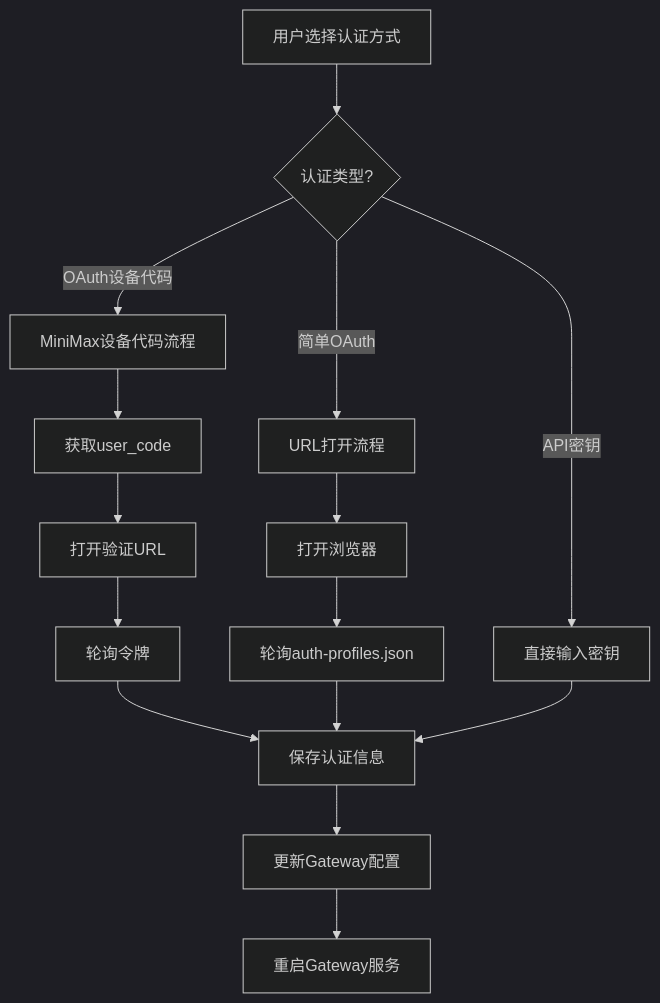
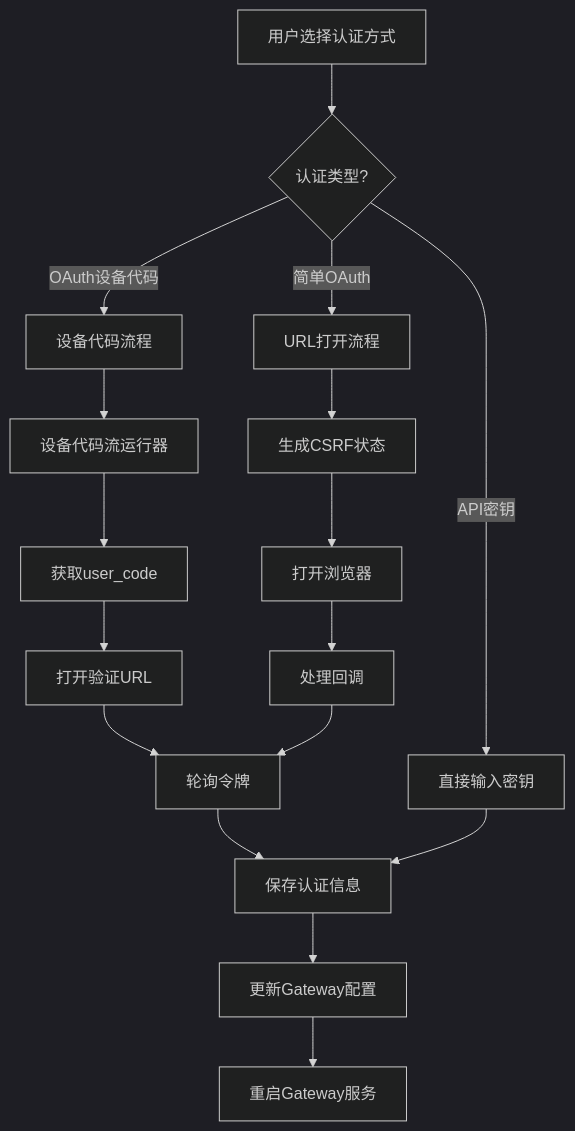
Before and after one commit to verse-ai-org/openclaw: the eighth of 19 diagrams in .qoder/repowiki/zh/content/核心概念/Electron应用增强.md, drawn with Mermaid (dark theme). The commit also changed other lines of this file and 19 other files, not shown here.

````diff
--- a/.qoder/repowiki/zh/content/核心概念/Electron应用增强.md
+++ b/.qoder/repowiki/zh/content/核心概念/Electron应用增强.md
@@ -381,17 +413,19 @@
 ```mermaid
 flowchart TD
 A[用户选择认证方式] --> B{认证类型?}
 B --> |API密钥| C[直接输入密钥]
-B --> |OAuth设备代码| D[MiniMax设备代码流程]
+B --> |OAuth设备代码| D[设备代码流程]
 B --> |简单OAuth| E[URL打开流程]
-D --> F[获取user_code]
-F --> G[打开验证URL]
-G --> H[轮询令牌]
-H --> I[保存认证信息]
-E --> J[打开浏览器]
-J --> K[轮询auth-profiles.json]
-K --> I
-C --> I
-I --> L[更新Gateway配置]
-L --> M[重启Gateway服务]
+D --> F[设备代码流运行器]
+F --> G[获取user_code]
+G --> H[打开验证URL]
+H --> I[轮询令牌]
+I --> J[保存认证信息]
+E --> K[生成CSRF状态]
+K --> L[打开浏览器]
+L --> M[处理回调]
+M --> I
+C --> J
+J --> N[更新Gateway配置]
+N --> O[重启Gateway服务]
 ```
````
